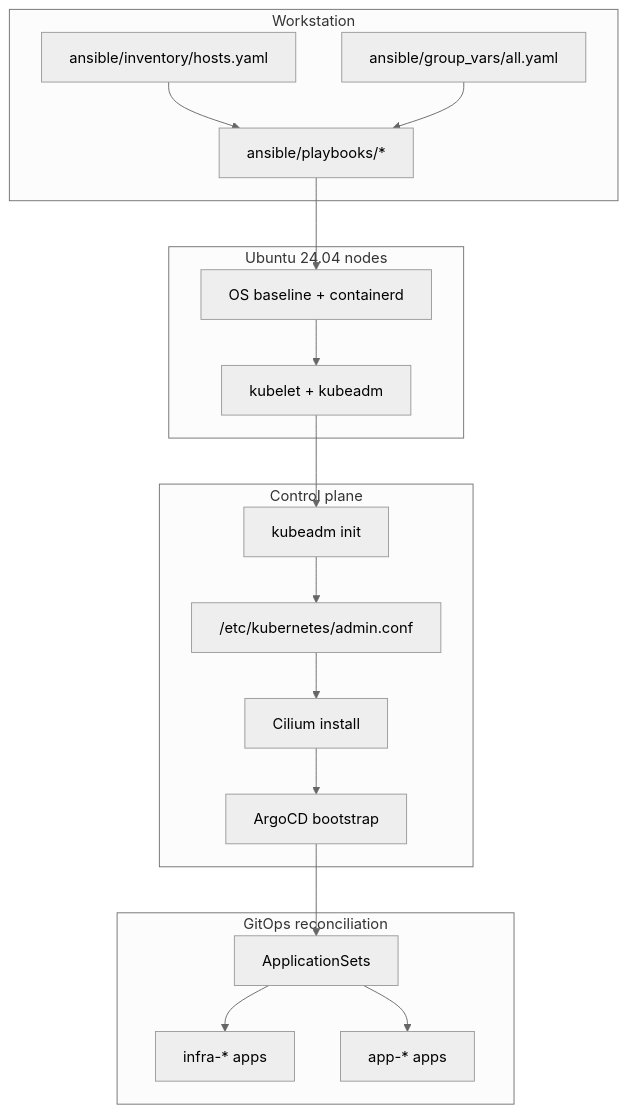
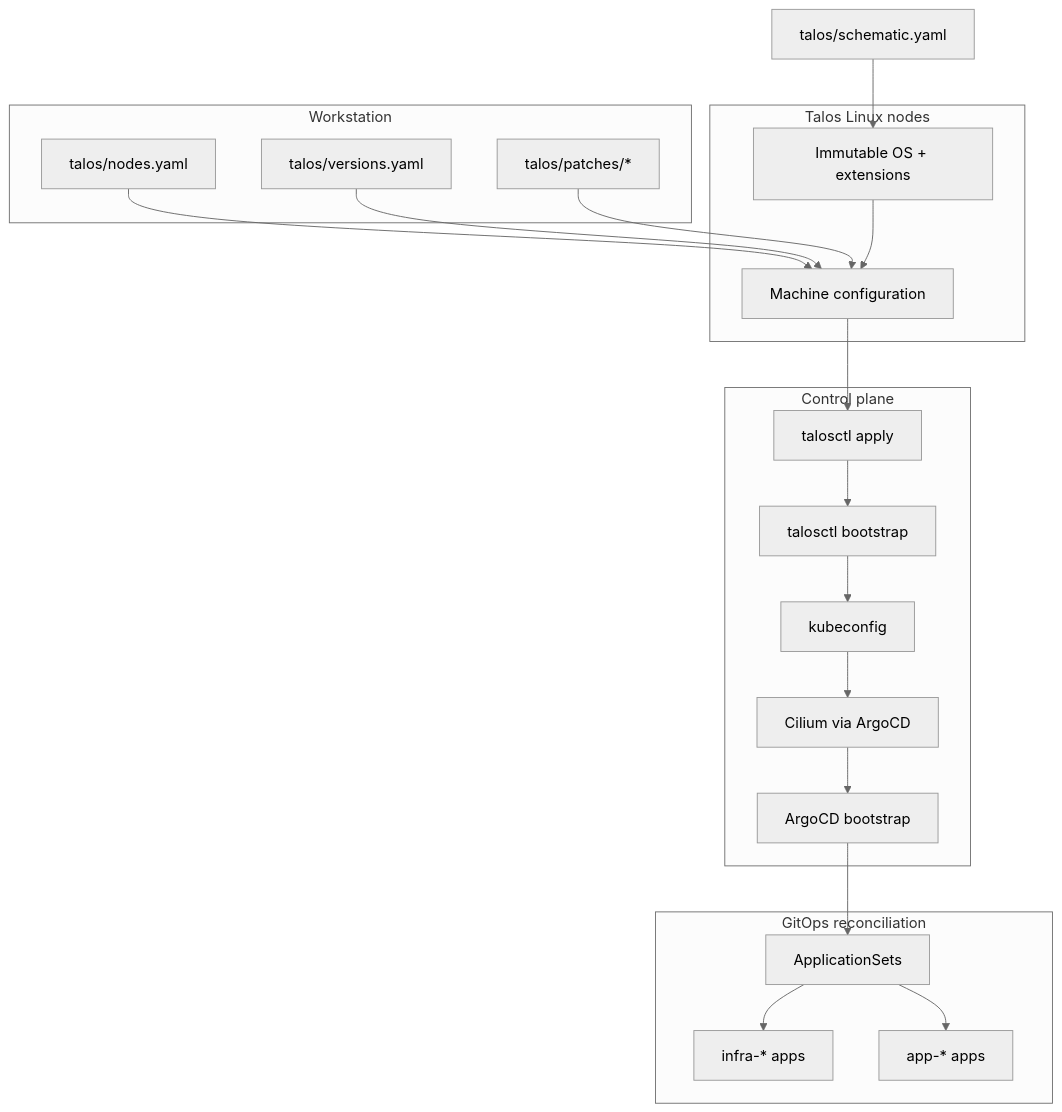
One commit to nsudhanva/homelab changed the fourth of 5 diagrams in README.md. Above: the diagram before and after it, drawn with Mermaid (neutral theme). The commit also changed other lines of this file and 80 other files, not shown here.

Commit message:
Talos Linux cutover with Ubuntu 26.04 workstation and version upgrades

````diff
--- a/README.md
+++ b/README.md
@@ -161,38 +152,41 @@
 ```mermaid
 flowchart TB
   subgraph Workstation["Workstation"]
-    Inventory["ansible/inventory/hosts.yaml"]
-    Vars["ansible/group_vars/all.yaml"]
-    Playbooks["ansible/playbooks/*"]
+    Inventory["talos/nodes.yaml"]
+    Vars["talos/versions.yaml"]
+    Patches["talos/patches/*"]
   end
 
-  subgraph Nodes["Ubuntu 24.04 nodes"]
-    OS["OS baseline + containerd"]
-    Kubelet["kubelet + kubeadm"]
+  subgraph Nodes["Talos Linux nodes"]
+    OS["Immutable OS + extensions"]
+    MachineConfig["Machine configuration"]
   end
 
   subgraph ControlPlane["Control plane"]
-    Init["kubeadm init"]
-    Kubeconfig["/etc/kubernetes/admin.conf"]
-    CNI["Cilium install"]
+    Apply["talosctl apply"]
+    Bootstrap["talosctl bootstrap"]
+    Kubeconfig["kubeconfig"]
+    CNI["Cilium via ArgoCD"]
     Argo["ArgoCD bootstrap"]
   end
 
   subgraph GitOps["GitOps reconciliation"]
     AppSets["ApplicationSets"]
     InfraApps["infra-* apps"]
     UserApps["app-* apps"]
   end
 
-  Inventory --> Playbooks
-  Vars --> Playbooks
-  Playbooks --> OS
-  OS --> Kubelet
-  Kubelet --> Init
-  Init --> Kubeconfig
+  Inventory --> MachineConfig
+  Vars --> MachineConfig
+  Patches --> MachineConfig
+  Schematic["talos/schematic.yaml"] --> OS
+  OS --> MachineConfig
+  MachineConfig --> Apply
+  Apply --> Bootstrap
+  Bootstrap --> Kubeconfig
   Kubeconfig --> CNI
   CNI --> Argo
   Argo --> AppSets
   AppSets --> InfraApps
   AppSets --> UserApps
 ```
````
